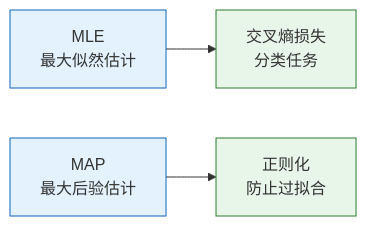
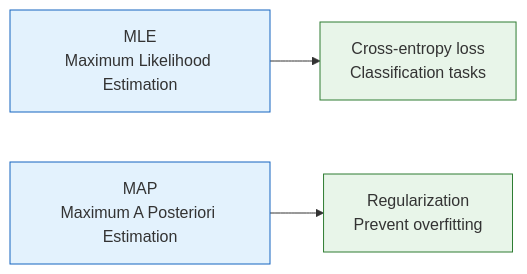
One commit to oudbiao/AI-fullstack-course changed the third of 3 diagrams in docs/ch04-ai-math/ch02-probability/03-statistical-inference.md. Above: the diagram before and after it, drawn with Mermaid. The commit also changed other lines of this file and 1406 other files, not shown here.

````diff
--- a/docs/ch04-ai-math/ch02-probability/03-statistical-inference.md
+++ b/docs/ch04-ai-math/ch02-probability/03-statistical-inference.md
@@ -482,10 +482,10 @@
 ```mermaid
 flowchart LR
-    MLE["MLE<br/>最大似然估计"] --> CE["交叉熵损失<br/>分类任务"]
-    MAP["MAP<br/>最大后验估计"] --> REG["正则化<br/>防止过拟合"]
+    MLE["MLE<br/>Maximum Likelihood Estimation"] --> CE["Cross-entropy loss<br/>Classification tasks"]
+    MAP["MAP<br/>Maximum A Posteriori Estimation"] --> REG["Regularization<br/>Prevent overfitting"]
 
     style MLE fill:#e3f2fd,stroke:#1565c0,color:#333
     style MAP fill:#e3f2fd,stroke:#1565c0,color:#333
     style CE fill:#e8f5e9,stroke:#2e7d32,color:#333
     style REG fill:#e8f5e9,stroke:#2e7d32,color:#333
 ```
````
